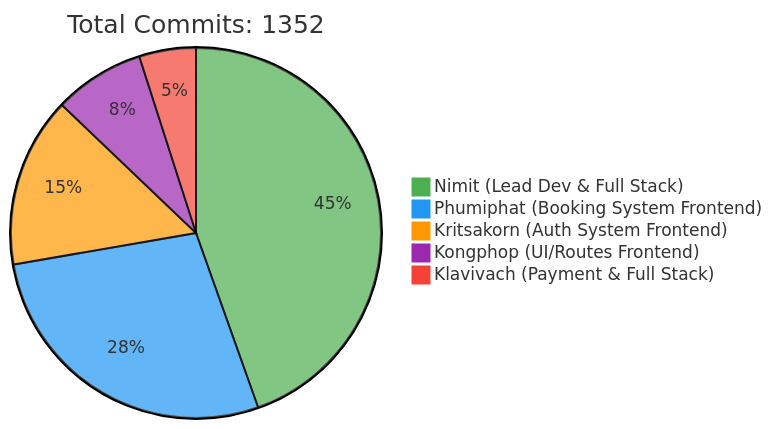
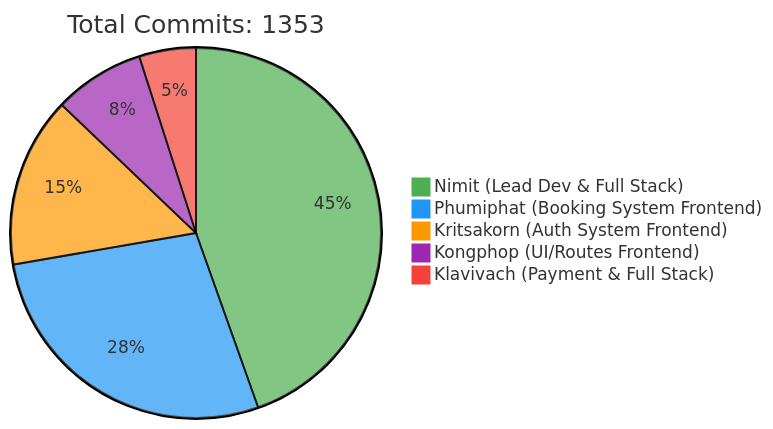
One commit to 6531503042/Sport-Complex changed the first of 2 diagrams in README.md. Above: the diagram before and after it, drawn with Mermaid. The commit also changed other lines of this file, not shown here.

Commit message:
docs: Update contributor statistics [skip ci]

````diff
--- a/README.md
+++ b/README.md
@@ -257,10 +257,10 @@
 ```mermaid
 %%{init: {'theme': 'base', 'themeVariables': { 'pie1': '#4CAF50', 'pie2': '#2196F3', 'pie3': '#FF9800', 'pie4': '#9C27B0', 'pie5': '#F44336'}}}%%
 pie
-    title Total Commits: 1352
+    title Total Commits: 1353
     "Nimit (Lead Dev & Full Stack)" : 450
     "Phumiphat (Booking System Frontend)" : 280
     "Kritsakorn (Auth System Frontend)" : 150
     "Kongphop (UI/Routes Frontend)" : 80
     "Klavivach (Payment & Full Stack)" : 50
 ```
````
